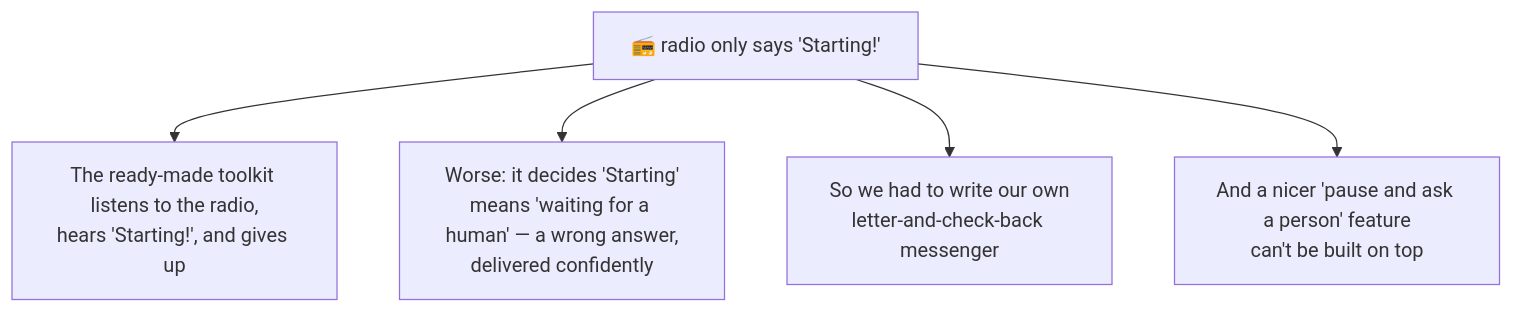
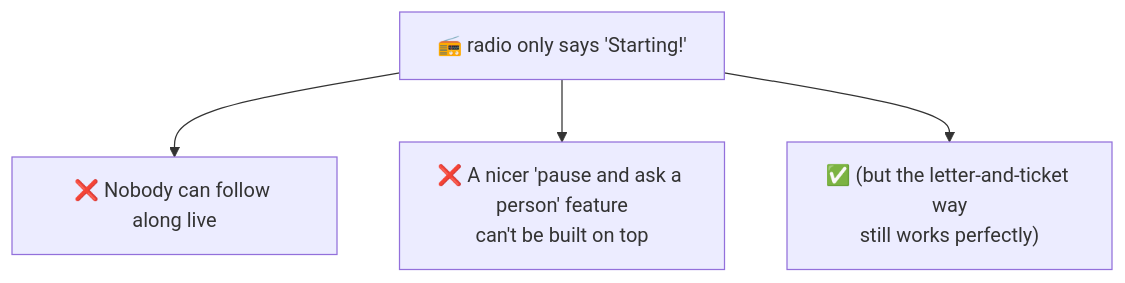
The fifth of 5 diagrams in SSE-BUG-ELI5.md (weimeilin79/vibeflix-audit), drawn with Mermaid before and after one commit. The commit also changed other lines of this file and 8 other files, not shown here.

````diff
--- a/SSE-BUG-ELI5.md
+++ b/SSE-BUG-ELI5.md
@@ -93,8 +93,7 @@
 ```mermaid
 flowchart TD
   BUG["📻 radio only says 'Starting!'"]
-  BUG --> C1["The ready-made toolkit listens to the radio,<br/>hears 'Starting!', and gives up"]
-  BUG --> C2["Worse: it decides 'Starting'<br/>means 'waiting for a human' — a wrong answer,<br/>delivered confidently"]
-  BUG --> C3["So we had to write our own<br/>letter-and-check-back messenger"]
-  BUG --> C4["And a nicer 'pause and ask a person' feature<br/>can't be built on top"]
+  BUG --> C1["❌ Nobody can follow along live"]
+  BUG --> C2["❌ A nicer 'pause and ask a person' feature<br/>can't be built on top"]
+  BUG --> C3["✅ (but the letter-and-ticket way<br/>still works perfectly)"]
 ```
````
